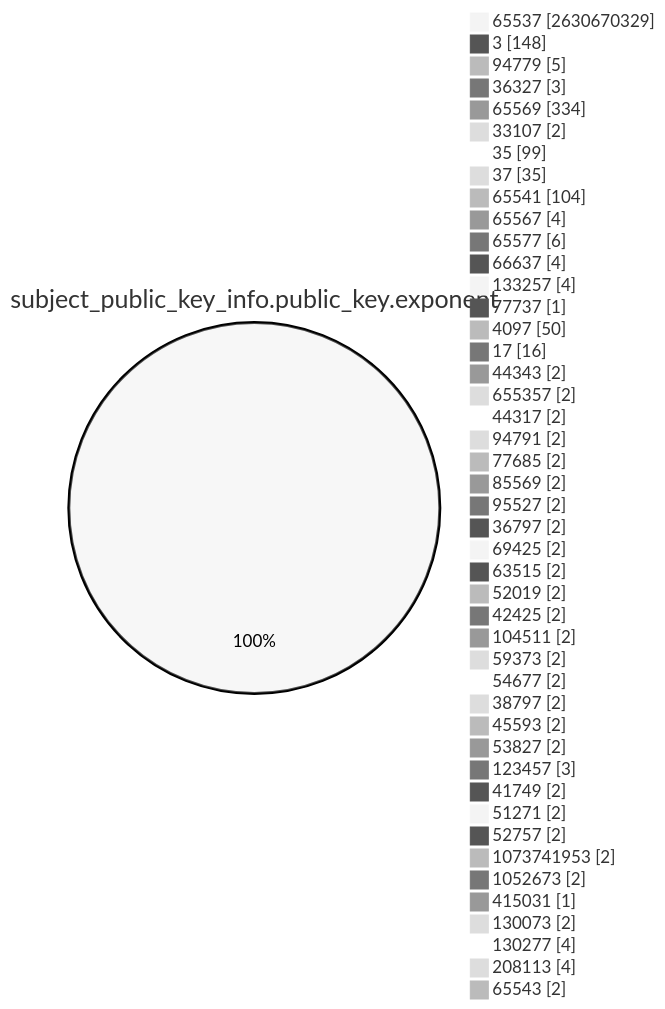
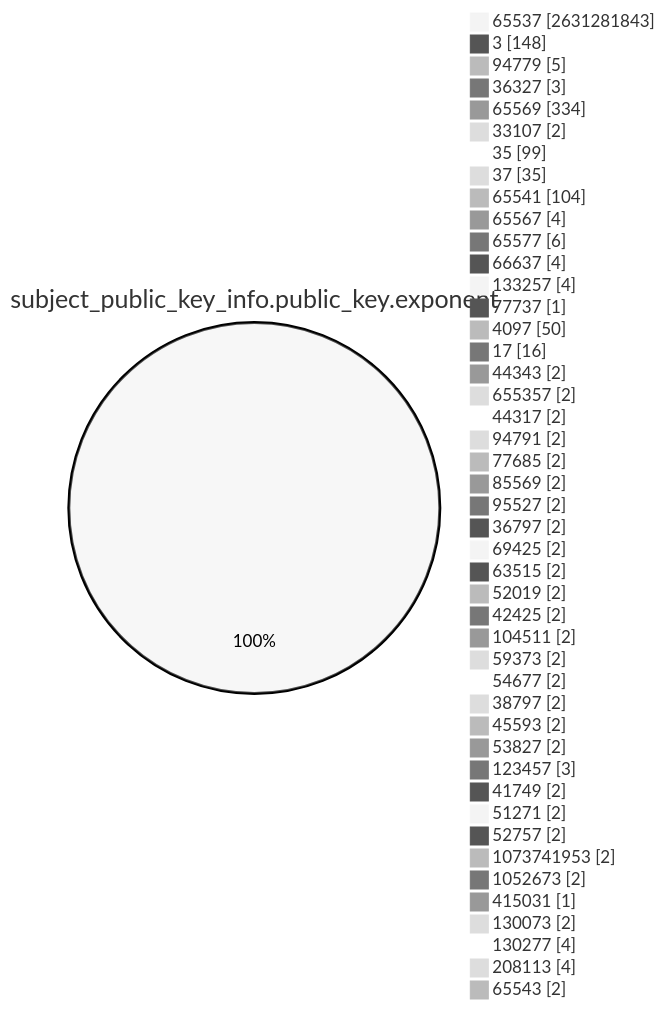
Before and after one commit to christiankrug/ctmonitor_visualization: the fourth of 15 diagrams in TOTAL/README.md, drawn with Mermaid (neutral theme). The commit also changed other lines of this file, not shown here.

````diff
--- a/TOTAL/README.md
+++ b/TOTAL/README.md
@@ -1467,49 +1467,49 @@
 ```mermaid
 pie showData
 title subject_public_key_info.public_key.exponent
-"65537" :2630670329
+"65537" :2631281843
 "3" :148
 "94779" :5
 "36327" :3
 "65569" :334
 "33107" :2
 "35" :99
 "37" :35
 "65541" :104
 "65567" :4
 "65577" :6
 "66637" :4
 "133257" :4
 "77737" :1
 "4097" :50
 "17" :16
 "44343" :2
 "655357" :2
 "44317" :2
 "94791" :2
 "77685" :2
 "85569" :2
 "95527" :2
 "36797" :2
 "69425" :2
 "63515" :2
 "52019" :2
 "42425" :2
 "104511" :2
 "59373" :2
 "54677" :2
 "38797" :2
 "45593" :2
 "53827" :2
 "123457" :3
 "41749" :2
 "51271" :2
 "52757" :2
 "1073741953" :2
 "1052673" :2
 "415031" :1
 "130073" :2
 "130277" :4
 "208113" :4
 "65543" :2
 ```
````
